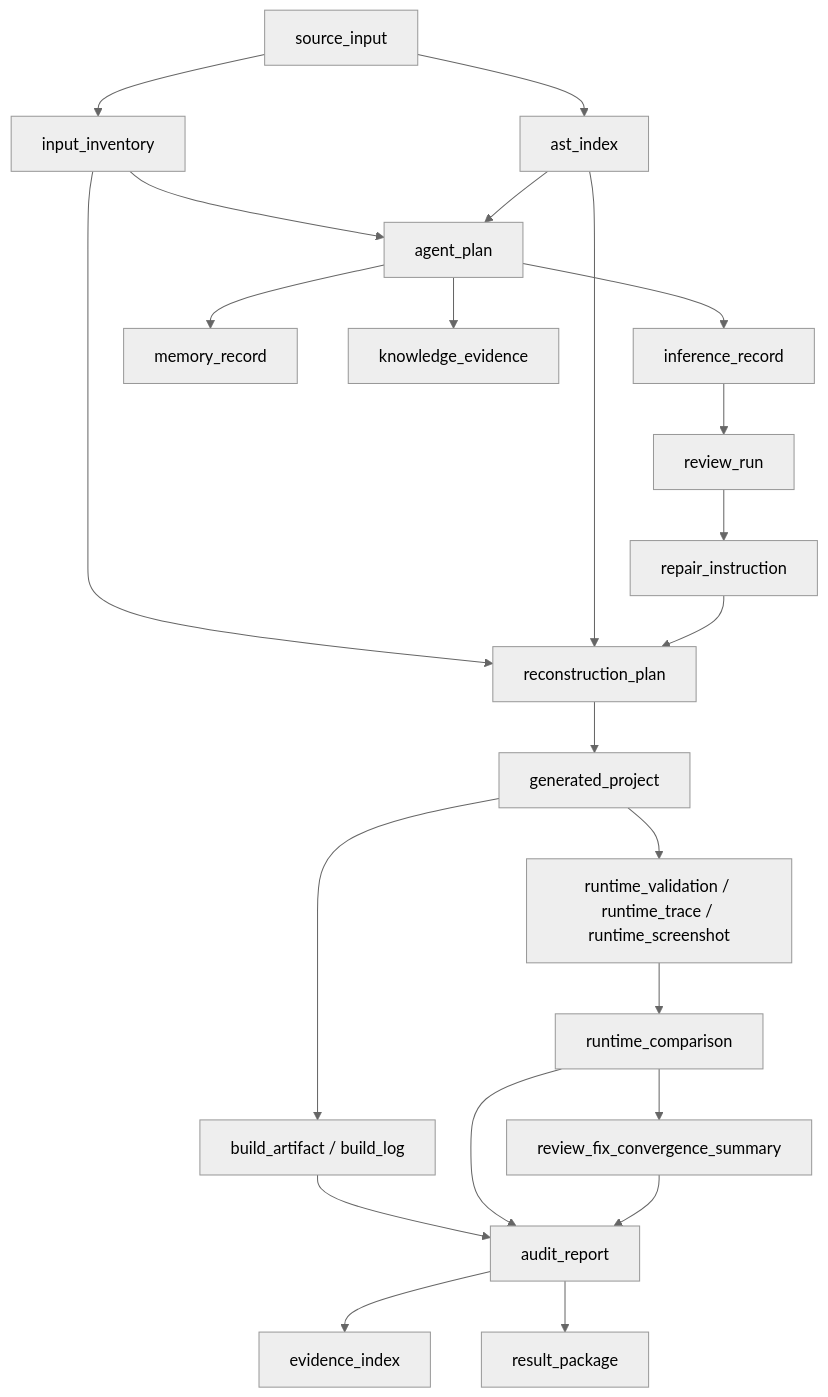
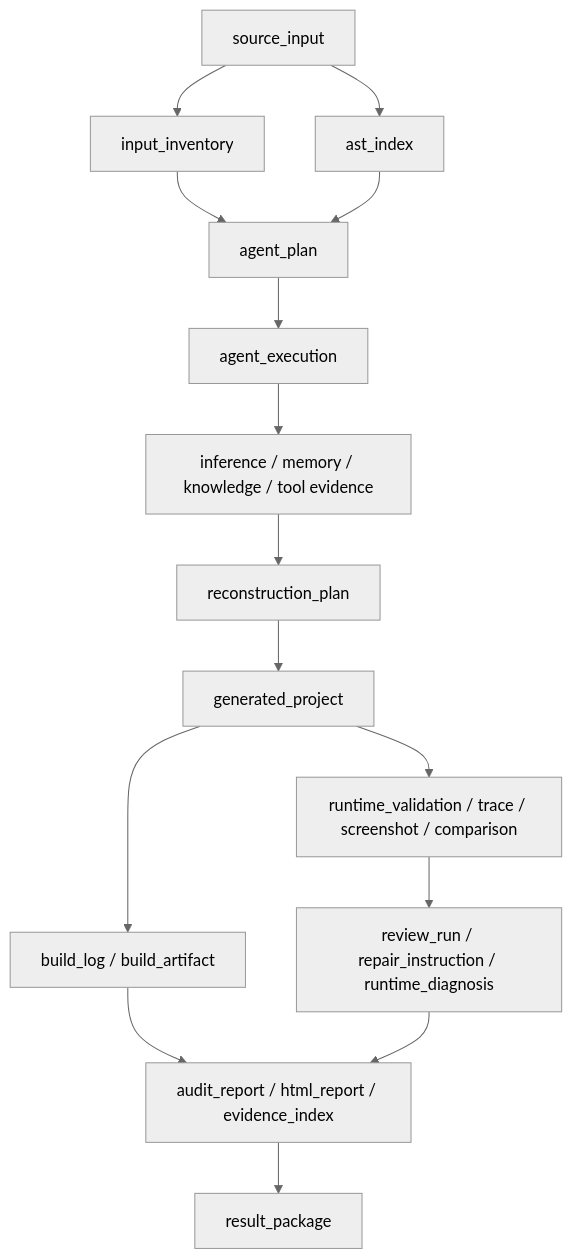
Before and after one commit to Leshm0321/ai-jsunpack: the fifth of 5 diagrams in docs/architecture.md, drawn with Mermaid (neutral theme). The commit also changed other lines of this file and 9 other files, not shown here.

````diff
--- a/docs/architecture.md
+++ b/docs/architecture.md
@@ -122,26 +161,17 @@
 ```mermaid
 graph TD
   source[source_input] --> inventory[input_inventory]
   source --> ast[ast_index]
-  inventory --> agentPlan[agent_plan]
-  ast --> agentPlan
-  agentPlan --> inference[inference_record]
-  agentPlan --> memory[memory_record]
-  agentPlan --> knowledge[knowledge_evidence]
-  inference --> review[review_run]
-  review --> repair[repair_instruction]
-
-  inventory --> plan[reconstruction_plan]
+  inventory --> plan[agent_plan]
   ast --> plan
-  repair --> plan
-  plan --> generated[generated_project]
-  generated --> build[build_artifact / build_log]
-  generated --> smoke[runtime_validation / runtime_trace / runtime_screenshot]
-  smoke --> compare[runtime_comparison]
-  compare --> convergence[review_fix_convergence_summary]
-  build --> audit[audit_report]
-  compare --> audit
-  convergence --> audit
-  audit --> evidence[evidence_index]
-  audit --> package[result_package]
+  plan --> execution[agent_execution]
+  execution --> inference[inference / memory / knowledge / tool evidence]
+  inference --> reconstruction[reconstruction_plan]
+  reconstruction --> generated[generated_project]
+  generated --> build[build_log / build_artifact]
+  generated --> runtime[runtime_validation / trace / screenshot / comparison]
+  runtime --> review[review_run / repair_instruction / runtime_diagnosis]
+  build --> reports[audit_report / html_report / evidence_index]
+  review --> reports
+  reports --> package[result_package]
 ```
````
